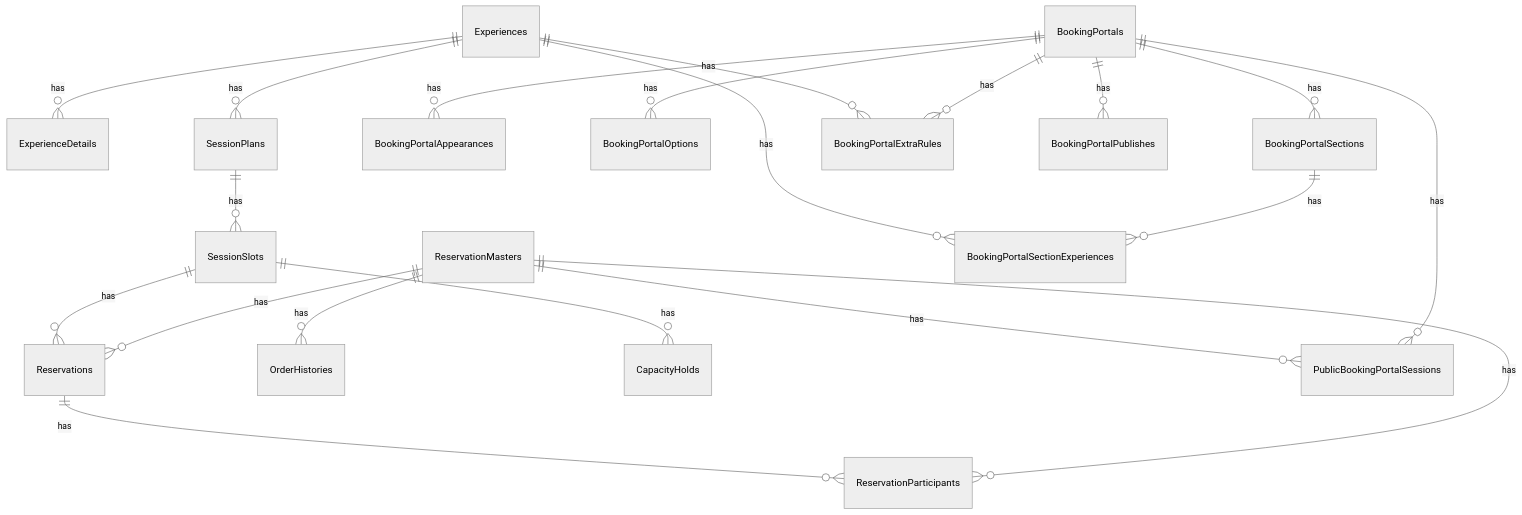
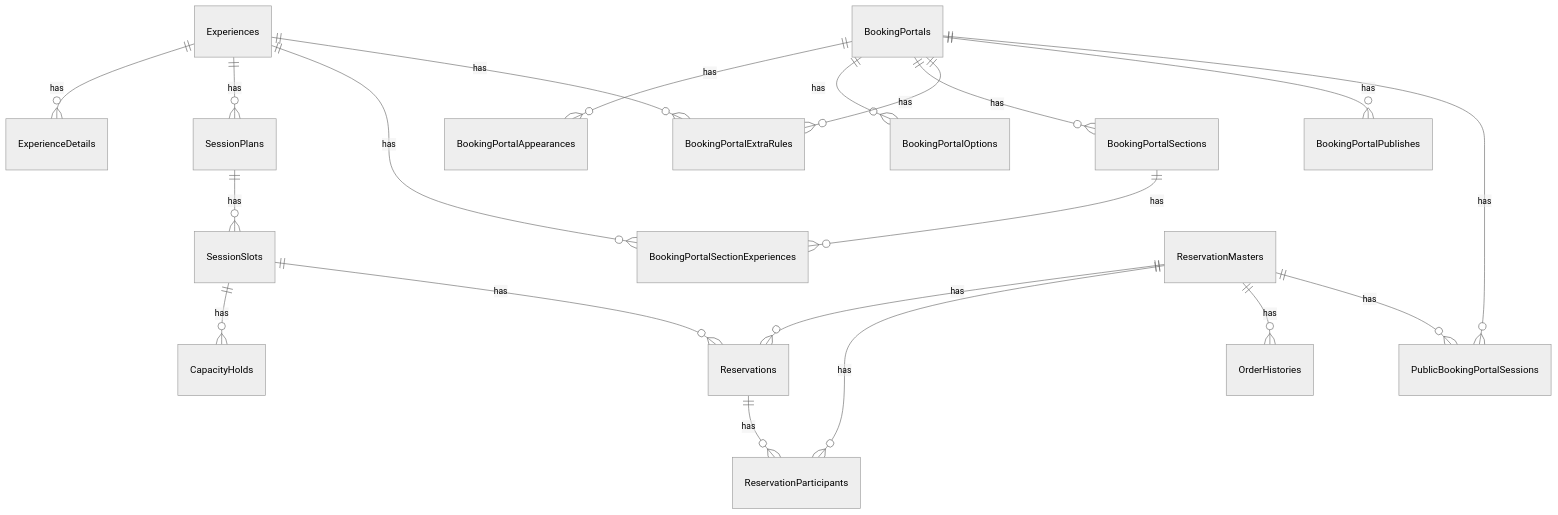
Before and after one commit to Saksham-Gupta-GH/ER-Diagram: the second of 8 diagrams in Mermaid_Diagrams.md, drawn with Mermaid (neutral theme). The commit also changed other lines of this file, not shown here.

Commit message:
Fix ER diagram generation bugs and update mappings

````diff
--- a/Mermaid_Diagrams.md
+++ b/Mermaid_Diagrams.md
@@ -69,22 +70,22 @@
 ```mermaid
 erDiagram
   Experiences ||--o{ ExperienceDetails : "has"
   Experiences ||--o{ SessionPlans : "has"
+  Experiences ||--o{ BookingPortalSectionExperiences : "has"
+  Experiences ||--o{ BookingPortalExtraRules : "has"
   SessionPlans ||--o{ SessionSlots : "has"
+  SessionSlots ||--o{ CapacityHolds : "has"
+  SessionSlots ||--o{ Reservations : "has"
   ReservationMasters ||--o{ Reservations : "has"
+  ReservationMasters ||--o{ ReservationParticipants : "has"
   ReservationMasters ||--o{ OrderHistories : "has"
+  ReservationMasters ||--o{ PublicBookingPortalSessions : "has"
+  Reservations ||--o{ ReservationParticipants : "has"
   BookingPortals ||--o{ BookingPortalAppearances : "has"
   BookingPortals ||--o{ BookingPortalOptions : "has"
   BookingPortals ||--o{ BookingPortalSections : "has"
+  BookingPortals ||--o{ BookingPortalExtraRules : "has"
+  BookingPortals ||--o{ BookingPortalPublishes : "has"
+  BookingPortals ||--o{ PublicBookingPortalSessions : "has"
   BookingPortalSections ||--o{ BookingPortalSectionExperiences : "has"
-  Experiences ||--o{ BookingPortalSectionExperiences : "has"
-  BookingPortals ||--o{ BookingPortalExtraRules : "has"
-  Experiences ||--o{ BookingPortalExtraRules : "has"
-  BookingPortals ||--o{ BookingPortalPublishes : "has"
-  SessionSlots ||--o{ CapacityHolds : "has"
-  BookingPortals ||--o{ PublicBookingPortalSessions : "has"
-  ReservationMasters ||--o{ PublicBookingPortalSessions : "has"
-  ReservationMasters ||--o{ ReservationParticipants : "has"
-  Reservations ||--o{ ReservationParticipants : "has"
-  SessionSlots ||--o{ Reservations : "has"
 ```
````
